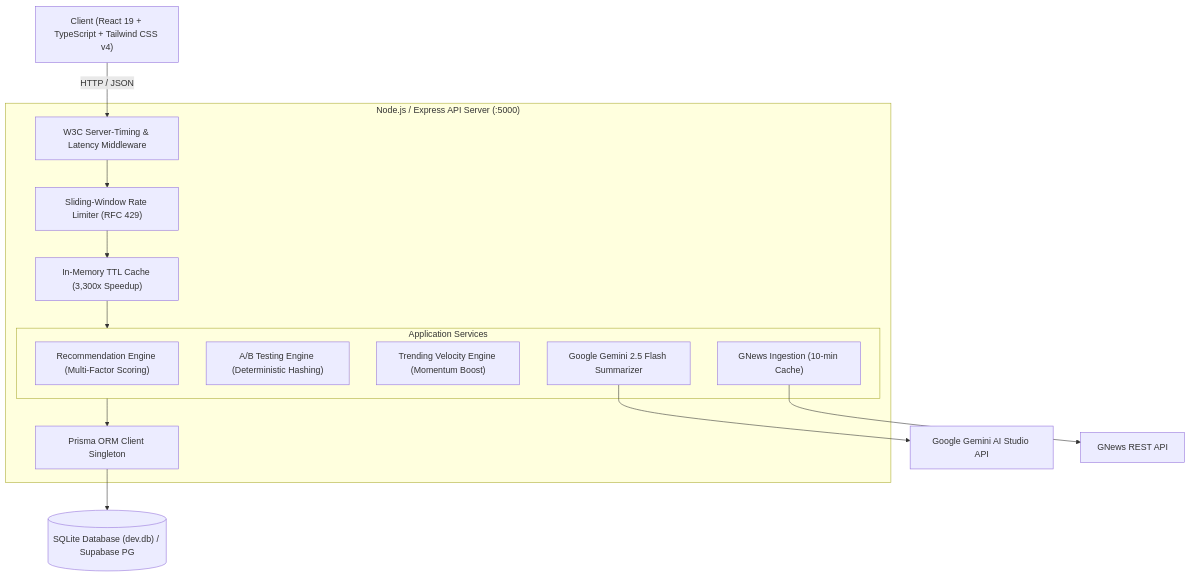
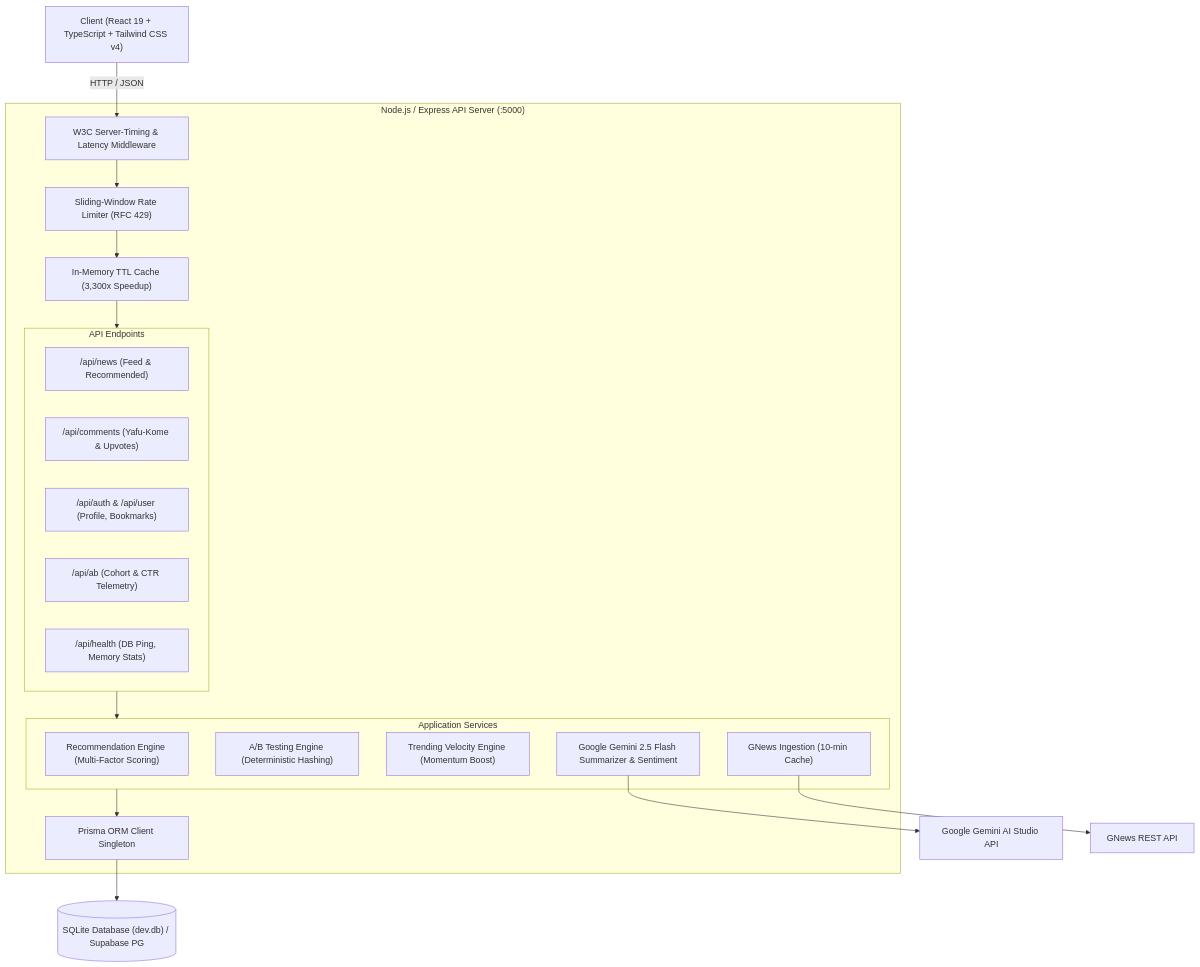
The diagram in README.md (yashinrush/yahoo-plus), drawn with Mermaid before and after one commit. The commit also changed other lines of this file and 6 other files, not shown here.

Commit message:
docs(readme): update comprehensive documentation with live output screenshots, full feature guide, and architecture deep-dive

````diff
--- a/README.md
+++ b/README.md
@@ -20,33 +75,42 @@
 ```mermaid
 graph TD
     Client["Client (React 19 + TypeScript + Tailwind CSS v4)"]
     
     subgraph Express_Backend ["Node.js / Express API Server (:5000)"]
         Timing["W3C Server-Timing & Latency Middleware"]
         Limiter["Sliding-Window Rate Limiter (RFC 429)"]
         CacheLayer["In-Memory TTL Cache (3,300x Speedup)"]
         
         subgraph Services ["Application Services"]
             RecService["Recommendation Engine (Multi-Factor Scoring)"]
             ABService["A/B Testing Engine (Deterministic Hashing)"]
             TrendService["Trending Velocity Engine (Momentum Boost)"]
-            GeminiService["Google Gemini 2.5 Flash Summarizer"]
+            GeminiService["Google Gemini 2.5 Flash Summarizer & Sentiment"]
             GNewsService["GNews Ingestion (10-min Cache)"]
+        end
+        
+        subgraph Routes ["API Endpoints"]
+            NewsRoutes["/api/news (Feed & Recommended)"]
+            CommentRoutes["/api/comments (Yafu-Kome & Upvotes)"]
+            AuthRoutes["/api/auth & /api/user (Profile, Bookmarks)"]
+            ABRoutes["/api/ab (Cohort & CTR Telemetry)"]
+            HealthRoutes["/api/health (DB Ping, Memory Stats)"]
         end
         
         Prisma["Prisma ORM Client Singleton"]
     end
     
     DB[("SQLite Database (dev.db) / Supabase PG")]
     GeminiAPI["Google Gemini AI Studio API"]
     GNewsAPI["GNews REST API"]
 
     Client -->|HTTP / JSON| Timing
     Timing --> Limiter
     Limiter --> CacheLayer
-    CacheLayer --> Services
+    CacheLayer --> Routes
+    Routes --> Services
     Services --> Prisma
     Prisma --> DB
     GeminiService --> GeminiAPI
     GNewsService --> GNewsAPI
 ```
````
